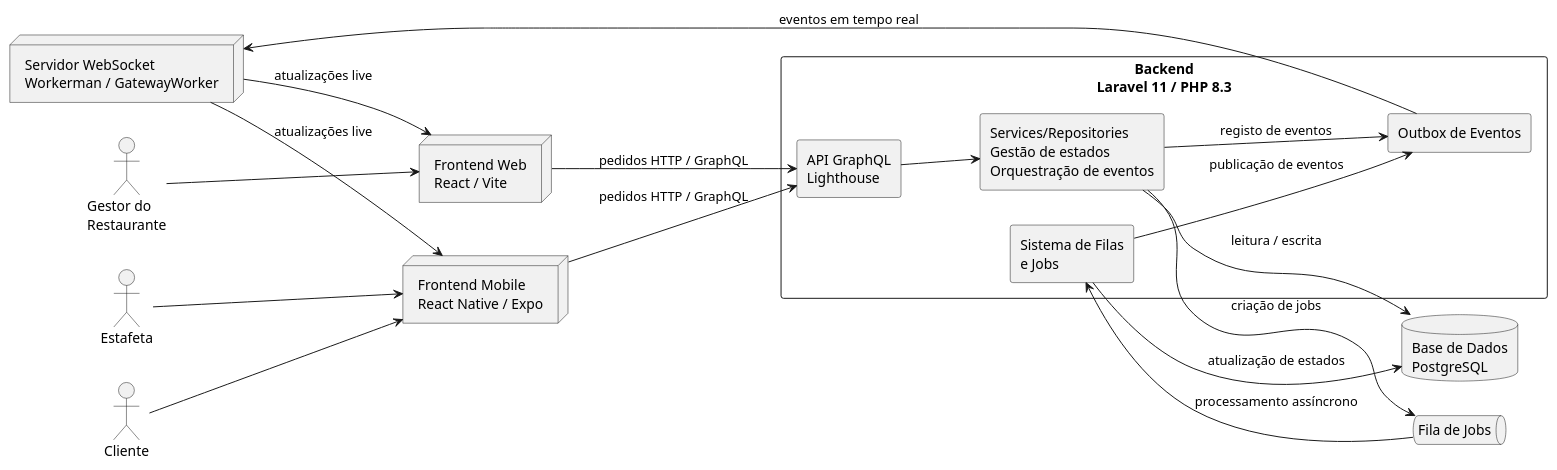
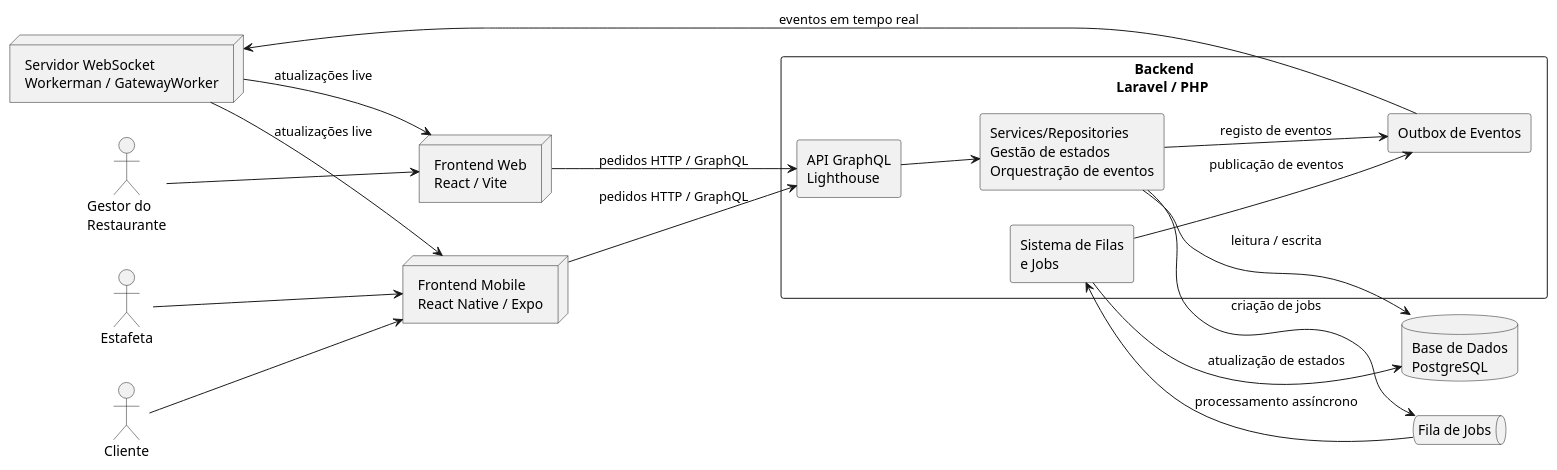
One commit to DuarteMSousa/FastBite changed the diagram in Documentacao/docs novas/arquitetura.puml. Above: the diagram before and after it, drawn with PlantUML. The commit also changed 3 other files, not shown here.

First line of the commit message:
Refactor PlantUML docs and extract enums

```diff
--- a/Documentacao/docs novas/arquitetura.puml
+++ b/Documentacao/docs novas/arquitetura.puml
@@ -1,44 +1,44 @@
 @startuml
 left to right direction
 skinparam componentStyle rectangle
 skinparam shadowing false
 
 actor "Gestor do\nRestaurante" as Gestor
 actor "Cliente" as Cliente
 actor "Estafeta" as Estafeta
 
 node "Frontend Web\nReact / Vite" as Web
 node "Frontend Mobile\nReact Native / Expo" as Mobile
 
-rectangle "Backend\nLaravel 11 / PHP 8.3" as Backend {
+rectangle "Backend\nLaravel / PHP " as Backend {
   component "API GraphQL\nLighthouse" as GraphQL
   component "Services/Repositories\nGestão de estados\nOrquestração de eventos" as Business
   component "Sistema de Filas\ne Jobs" as Jobs
   component "Outbox de Eventos" as Outbox
 }
 
 node "Servidor WebSocket\nWorkerman / GatewayWorker" as WebSocket
 database "Base de Dados\nPostgreSQL" as DB
 queue "Fila de Jobs" as Queue
 
 Gestor --> Web
 Cliente --> Mobile
 Estafeta --> Mobile
 
 Web --> GraphQL : pedidos HTTP / GraphQL
 Mobile --> GraphQL : pedidos HTTP / GraphQL
 
 GraphQL --> Business
 Business --> DB : leitura / escrita
 Business --> Outbox : registo de eventos
 Business --> Queue : criação de jobs
 
 Queue --> Jobs : processamento assíncrono
 Jobs --> DB : atualização de estados
 Jobs --> Outbox : publicação de eventos
 
 Outbox --> WebSocket : eventos em tempo real
 WebSocket --> Web : atualizações live
 WebSocket --> Mobile : atualizações live
 
 @enduml
```
